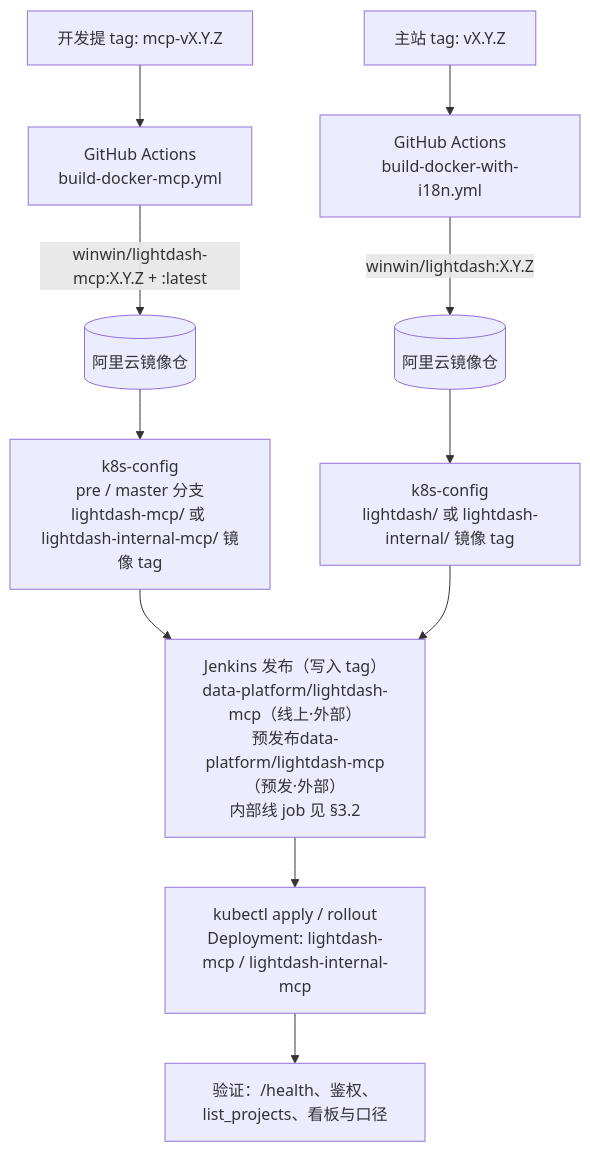
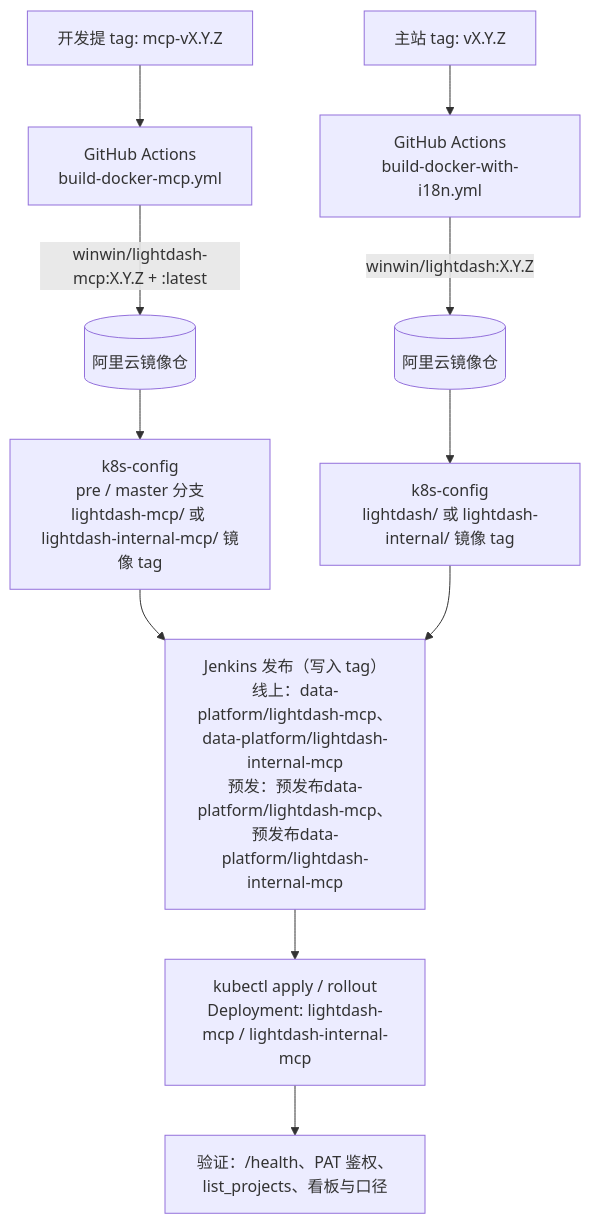
Before and after one commit to winwin-inc/lightdash-i18n: the first of 4 diagrams in docs/mcp/mcp-service-launch.md, drawn with Mermaid. The commit also changed other lines of this file, not shown here.

Commit message:
docs: 完善 MCP 服务上线流程文档（补齐四个 Jenkins job、看板管理与客户使用模式入口、去除 Keycloak 内容）

````diff
--- a/docs/mcp/mcp-service-launch.md
+++ b/docs/mcp/mcp-service-launch.md
@@ -44,13 +44,13 @@
 ```mermaid
 flowchart TD
   dev[开发提 tag: mcp-vX.Y.Z] --> gha["GitHub Actions<br/>build-docker-mcp.yml"]
   gha -->|"winwin/lightdash-mcp:X.Y.Z + :latest"| reg[(阿里云镜像仓)]
   dev2[主站 tag: vX.Y.Z] --> gha2["GitHub Actions<br/>build-docker-with-i18n.yml"]
   gha2 -->|"winwin/lightdash:X.Y.Z"| reg2[(阿里云镜像仓)]
   reg --> k8scfg["k8s-config<br/>pre / master 分支<br/>lightdash-mcp/ 或 lightdash-internal-mcp/ 镜像 tag"]
   reg2 --> k8scfg2["k8s-config<br/>lightdash/ 或 lightdash-internal/ 镜像 tag"]
-  k8scfg --> jenkins["Jenkins 发布（写入 tag）<br/>data-platform/lightdash-mcp（线上·外部）<br/>预发布data-platform/lightdash-mcp（预发·外部）<br/>内部线 job 见 §3.2"]
+  k8scfg --> jenkins["Jenkins 发布（写入 tag）<br/>线上：data-platform/lightdash-mcp、data-platform/lightdash-internal-mcp<br/>预发：预发布data-platform/lightdash-mcp、预发布data-platform/lightdash-internal-mcp"]
   k8scfg2 --> jenkins
   jenkins --> rollout["kubectl apply / rollout<br/>Deployment: lightdash-mcp / lightdash-internal-mcp"]
-  rollout --> check["验证：/health、鉴权、list_projects、看板与口径"]
+  rollout --> check["验证：/health、PAT 鉴权、list_projects、看板与口径"]
 ```
````
